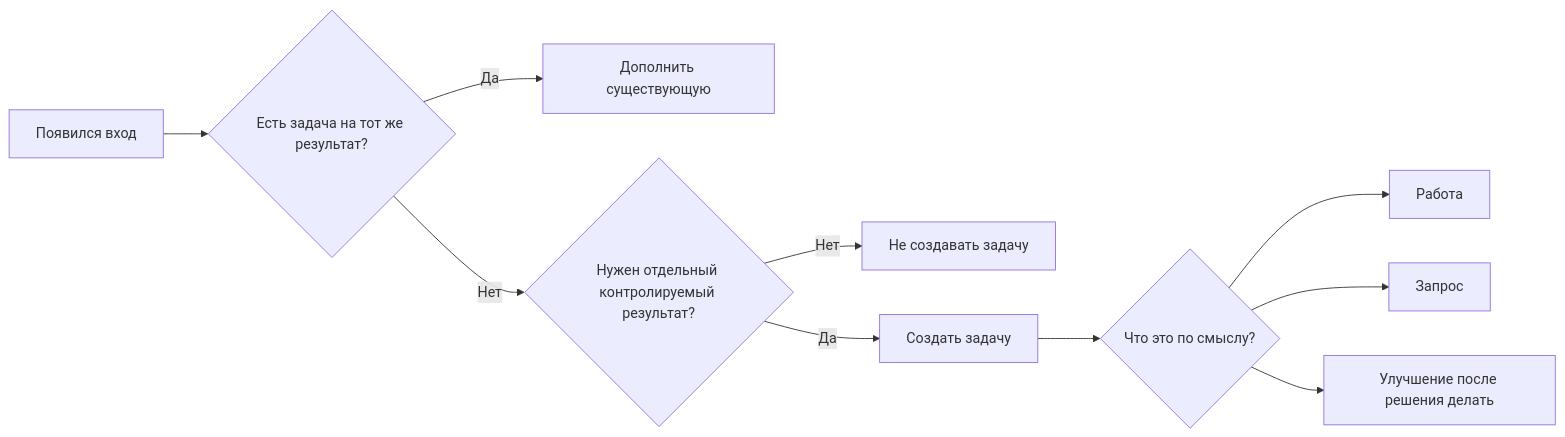
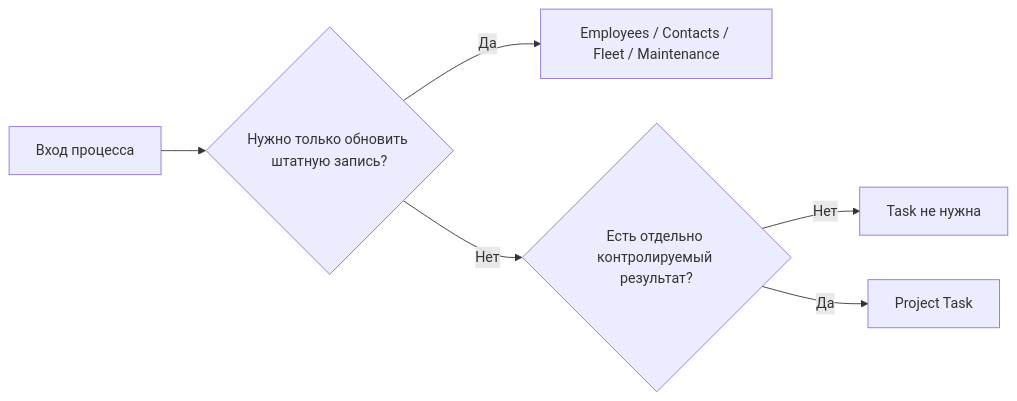
The diagram in docs/05-processes.md (lazuale/department), drawn with Mermaid before and after one commit. The commit also changed other lines of this file, not shown here.

````diff
--- a/docs/05-processes.md
+++ b/docs/05-processes.md
@@ -52,12 +108,8 @@
 ```mermaid
 flowchart LR
-    A[Появился вход] --> B{Есть задача на тот же результат?}
-    B -- Да --> C[Дополнить существующую]
-    B -- Нет --> D{Нужен отдельный контролируемый результат?}
-    D -- Нет --> X[Не создавать задачу]
-    D -- Да --> E[Создать задачу]
-    E --> F{Что это по смыслу?}
-    F --> W[Работа]
-    F --> Q[Запрос]
-    F --> I[Улучшение после решения делать]
+    A[Вход процесса] --> B{Нужно только обновить штатную запись?}
+    B -- Да --> C[Employees / Contacts / Fleet / Maintenance]
+    B -- Нет --> D{Есть отдельно контролируемый результат?}
+    D -- Нет --> X[Task не нужна]
+    D -- Да --> T[Project Task]
 ```
````
